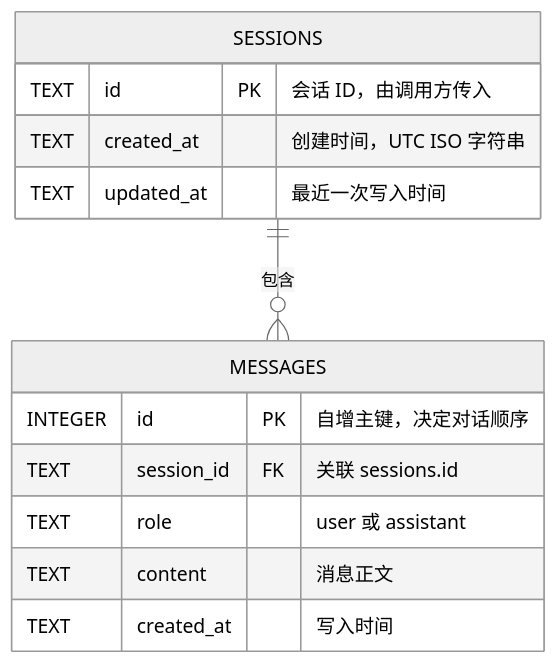
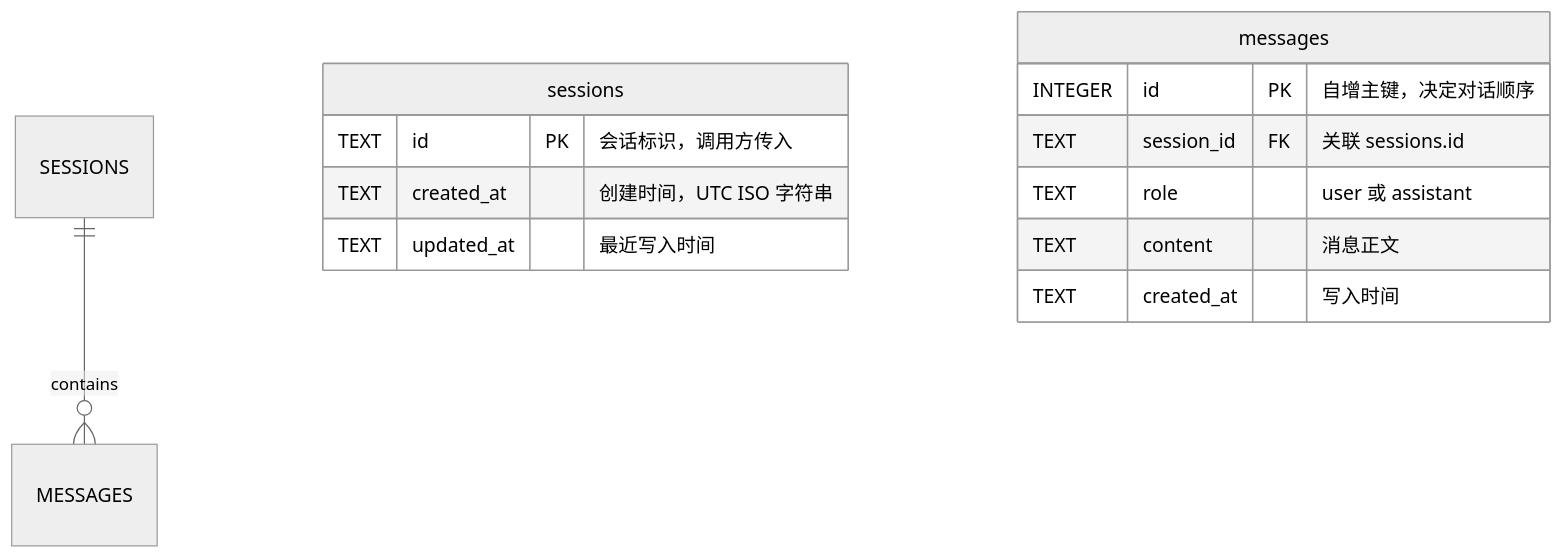
One commit to yzbpk/cli-chatbot changed the diagram in README.md. Above: the diagram before and after it, drawn with Mermaid (neutral theme). The commit also changed other lines of this file and 1 other file, not shown here.

````diff
--- a/README.md
+++ b/README.md
@@ -138,16 +134,18 @@
 ```mermaid
 erDiagram
-    SESSIONS ||--o{ MESSAGES : "包含"
-    SESSIONS {
-        TEXT id PK "会话 ID，由调用方传入"
+    SESSIONS ||--o{ MESSAGES : contains
+
+    sessions {
+        TEXT id PK "会话标识，调用方传入"
         TEXT created_at "创建时间，UTC ISO 字符串"
-        TEXT updated_at "最近一次写入时间"
+        TEXT updated_at "最近写入时间"
     }
-    MESSAGES {
+
+    messages {
         INTEGER id PK "自增主键，决定对话顺序"
         TEXT session_id FK "关联 sessions.id"
         TEXT role "user 或 assistant"
         TEXT content "消息正文"
         TEXT created_at "写入时间"
     }
 ```
````
